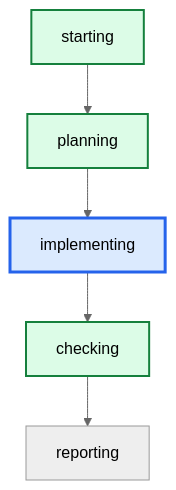
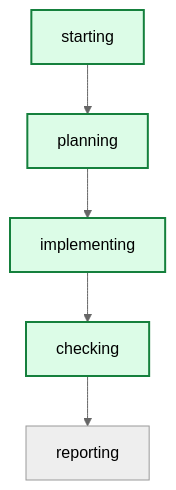
Before and after one commit to daniell0gda/hermes-feature-check-dashboard: the diagram in latest/graph.mmd, drawn with Mermaid (neutral theme). The commit also changed 23 other files, not shown here.

```diff
--- a/latest/graph.mmd
+++ b/latest/graph.mmd
@@ -1,13 +1,13 @@
 graph TD
     starting --> planning
     planning --> implementing
     implementing --> checking
     checking --> reporting
 
 classDef done fill:#dcfce7,stroke:#15803d,stroke-width:2px;
 classDef active fill:#dbeafe,stroke:#2563eb,stroke-width:3px;
 classDef failed fill:#fee2e2,stroke:#b42318,stroke-width:2px;
-class implementing active;
+class implementing done;
+class checking done;
 class planning done;
-class checking done;
 class starting done;
```
